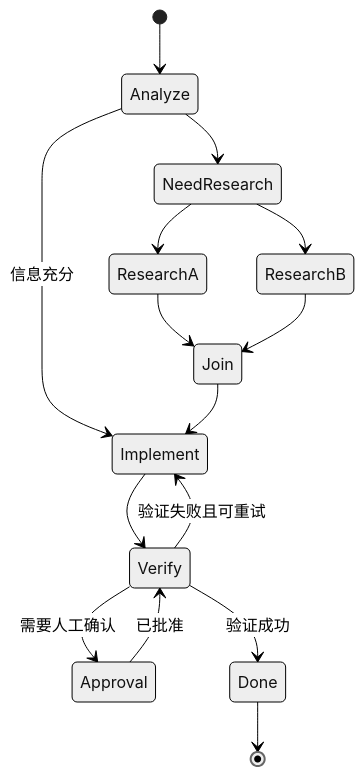
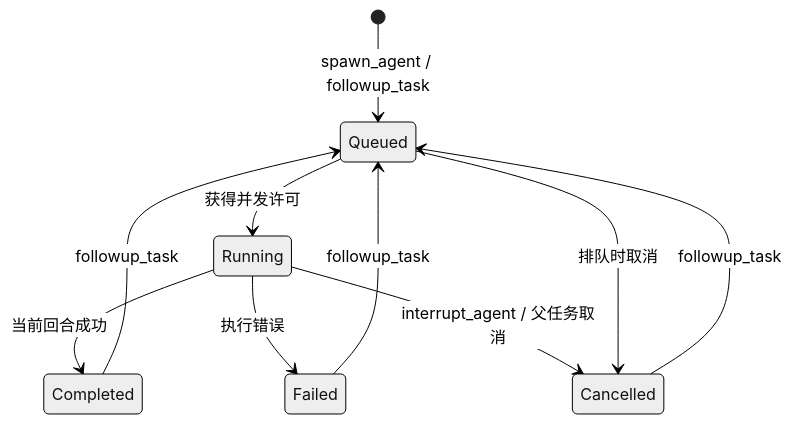
One commit to StagoMax/OpenTopia changed the fourth of 4 diagrams in docs/multi-agent-architecture-analysis.md. Above: the diagram before and after it, drawn with Mermaid (neutral theme). The commit also changed other lines of this file and 23 other files, not shown here.

````diff
--- a/docs/multi-agent-architecture-analysis.md
+++ b/docs/multi-agent-architecture-analysis.md
@@ -140,17 +284,12 @@
 ```mermaid
 stateDiagram-v2
-    [*] --> Analyze
-    Analyze --> NeedResearch
-    Analyze --> Implement: 信息充分
-    NeedResearch --> ResearchA
-    NeedResearch --> ResearchB
-    ResearchA --> Join
-    ResearchB --> Join
-    Join --> Implement
-    Implement --> Verify
-    Verify --> Implement: 验证失败且可重试
-    Verify --> Approval: 需要人工确认
-    Approval --> Verify: 已批准
-    Verify --> Done: 验证成功
-    Done --> [*]
+    [*] --> Queued: spawn_agent / followup_task
+    Queued --> Running: 获得并发许可
+    Running --> Completed: 当前回合成功
+    Running --> Failed: 执行错误
+    Running --> Cancelled: interrupt_agent / 父任务取消
+    Queued --> Cancelled: 排队时取消
+    Completed --> Queued: followup_task
+    Failed --> Queued: followup_task
+    Cancelled --> Queued: followup_task
 ```
````
